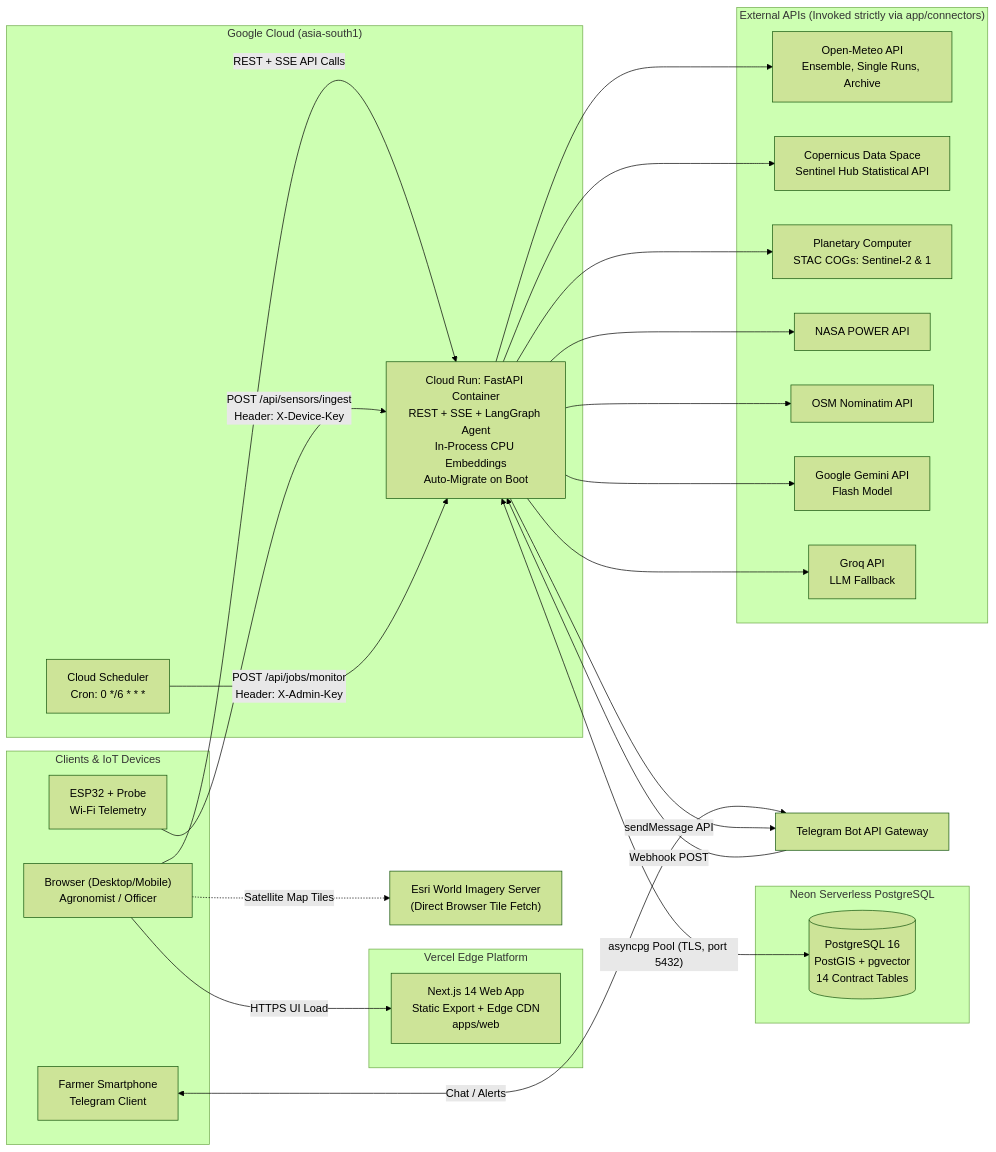
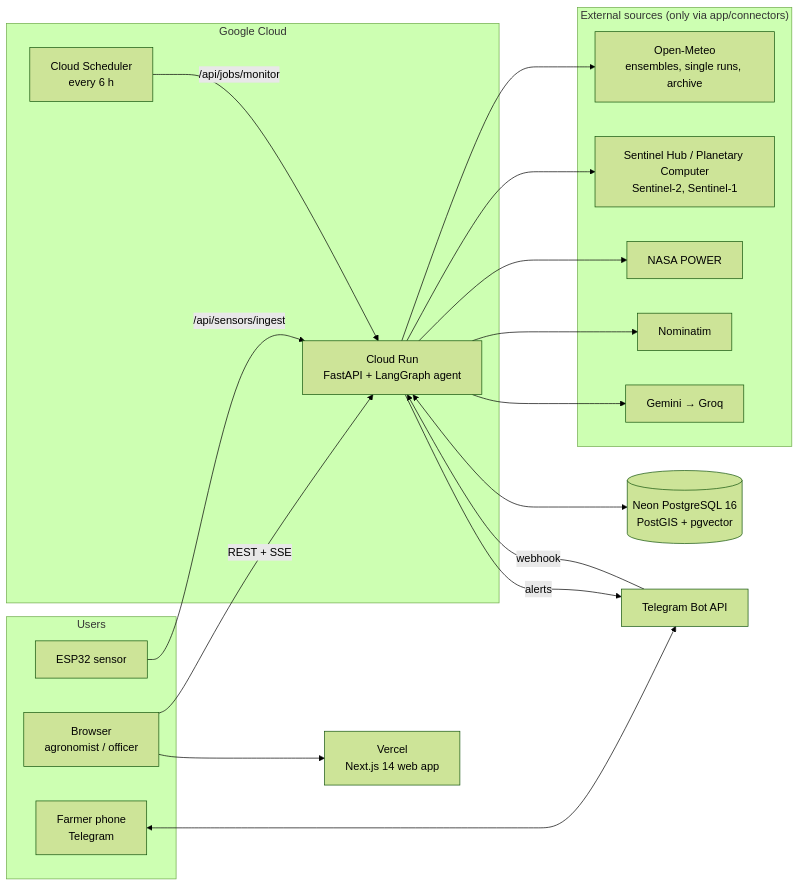
Before and after one commit to ZaroCoding/KhetiKavach: the first of 2 diagrams in README.md, drawn with Mermaid (forest theme). The commit also changed other lines of this file, not shown here.

````diff
--- a/README.md
+++ b/README.md
@@ -361,46 +132,31 @@
 ```mermaid
 flowchart LR
-  subgraph Users["Clients & IoT Devices"]
-    BR["Browser (Desktop/Mobile)<br/>Agronomist / Officer"]
-    PH["Farmer Smartphone<br/>Telegram Client"]
-    ESP["ESP32 + Probe<br/>Wi-Fi Telemetry"]
+  subgraph Users
+    BR["Browser<br/>agronomist / officer"]
+    PH["Farmer phone<br/>Telegram"]
+    ESP["ESP32 sensor"]
   end
-  subgraph Vercel["Vercel Edge Platform"]
-    WEB["Next.js 14 Web App<br/>Static Export + Edge CDN<br/>apps/web"]
+  WEB["Vercel<br/>Next.js 14 web app"]
+  subgraph GCP["Google Cloud"]
+    API["Cloud Run<br/>FastAPI + LangGraph agent"]
+    SCH["Cloud Scheduler<br/>every 6 h"]
   end
-  subgraph GCP["Google Cloud (asia-south1)"]
-    API["Cloud Run: FastAPI Container<br/>REST + SSE + LangGraph Agent<br/>In-Process CPU Embeddings<br/>Auto-Migrate on Boot"]
-    SCH["Cloud Scheduler<br/>Cron: 0 */6 * * *"]
+  DB[("Neon PostgreSQL 16<br/>PostGIS + pgvector")]
+  TG["Telegram Bot API"]
+  subgraph EXT["External sources (only via app/connectors)"]
+    OM["Open-Meteo<br/>ensembles, single runs, archive"]
+    SAT["Sentinel Hub / Planetary Computer<br/>Sentinel-2, Sentinel-1"]
+    NP["NASA POWER"]
+    NOM["Nominatim"]
+    LLM["Gemini → Groq"]
   end
-  subgraph Neon["Neon Serverless PostgreSQL"]
-    DB[("PostgreSQL 16<br/>PostGIS + pgvector<br/>14 Contract Tables")]
-  end
-  TGAPI["Telegram Bot API Gateway"]
-  subgraph Ext["External APIs (Invoked strictly via app/connectors)"]
-    OMENS["Open-Meteo API<br/>Ensemble, Single Runs, Archive"]
-    SH["Copernicus Data Space<br/>Sentinel Hub Statistical API"]
-    PC["Planetary Computer<br/>STAC COGs: Sentinel-2 & 1"]
-    NP["NASA POWER API"]
-    OSM["OSM Nominatim API"]
-    GEM["Google Gemini API<br/>Flash Model"]
-    GRQ["Groq API<br/>LLM Fallback"]
-  end
-  ESRI["Esri World Imagery Server<br/>(Direct Browser Tile Fetch)"]
-
-  BR -->|HTTPS UI Load| WEB
-  BR -->|"REST + SSE API Calls"| API
-  BR -.->|Satellite Map Tiles| ESRI
-  PH <-->|Chat / Alerts| TGAPI
-  TGAPI -->|"Webhook POST"| API
-  API -->|sendMessage API| TGAPI
-  ESP -->|"POST /api/sensors/ingest<br/>Header: X-Device-Key"| API
-  SCH -->|"POST /api/jobs/monitor<br/>Header: X-Admin-Key"| API
-  API <-->|"asyncpg Pool (TLS, port 5432)"| DB
-  API --> OMENS
-  API --> SH
-  API --> PC
-  API --> NP
-  API --> OSM
-  API --> GEM
-  API --> GRQ
+  BR --> WEB
+  BR -->|REST + SSE| API
+  PH <--> TG
+  TG -->|webhook| API
+  API -->|alerts| TG
+  ESP -->|"/api/sensors/ingest"| API
+  SCH -->|"/api/jobs/monitor"| API
+  API <--> DB
+  API --> OM & SAT & NP & NOM & LLM
 ```
````
